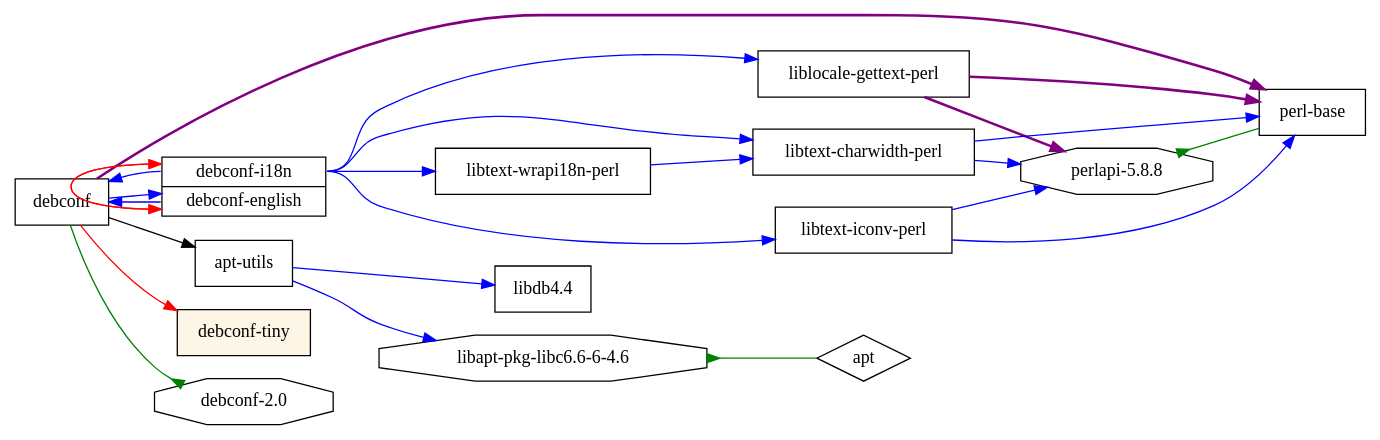
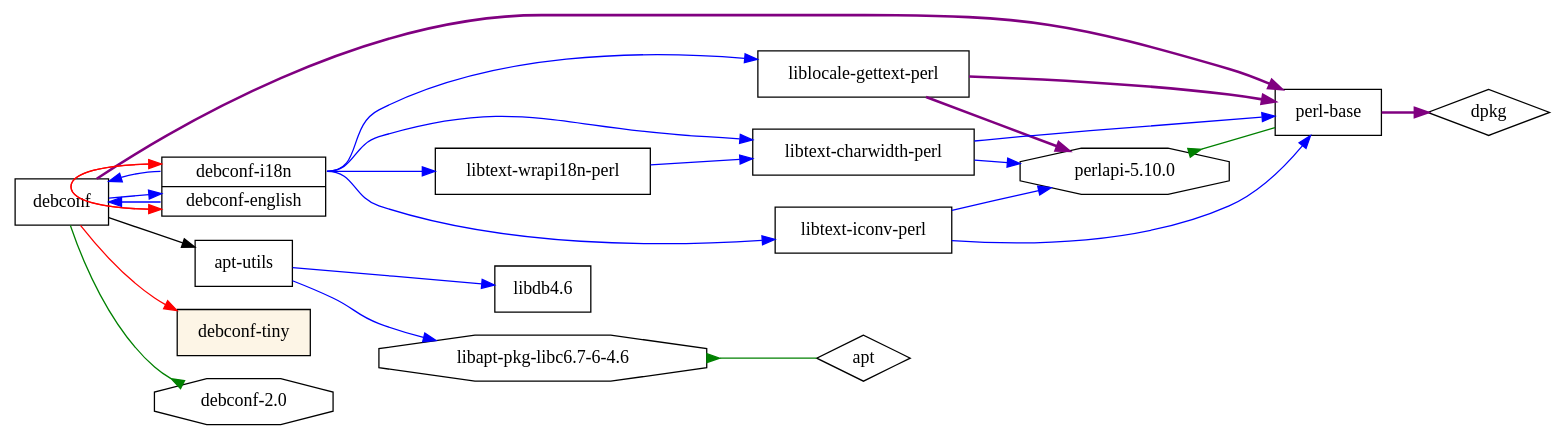
Before and after one commit to juandesant/debtree: the diagram in testset/debconf4.dot, drawn with Graphviz. The commit also changed 21 other files, not shown here.

```diff
--- a/testset/debconf4.dot
+++ b/testset/debconf4.dot
@@ -1,37 +1,39 @@
 digraph "debconf" {
 	rankdir=LR;
 	node [shape=box];
 	"debconf" -> "perl-base" [color=purple,style=bold];
+	"perl-base" -> "dpkg" [color=purple,style=bold];
 	"debconf" -> "alt1" [color=blue];
 	"alt1":"debconf-i18n" -> "debconf" [color=blue];
 	"alt1":"debconf-i18n" -> "liblocale-gettext-perl" [color=blue];
 	"liblocale-gettext-perl" -> "perl-base" [color=purple,style=bold];
-	"liblocale-gettext-perl" -> "perlapi-5.8.8" [color=purple,style=bold];
-	"perlapi-5.8.8" -> "perl-base" [dir=back,arrowtail=inv,color=green];
-	"perlapi-5.8.8" [shape=octagon];
+	"liblocale-gettext-perl" -> "perlapi-5.10.0" [color=purple,style=bold];
+	"perlapi-5.10.0" -> "perl-base" [dir=back,arrowtail=inv,color=green];
+	"perlapi-5.10.0" [shape=octagon];
 	"alt1":"debconf-i18n" -> "libtext-iconv-perl" [color=blue];
-	"libtext-iconv-perl" -> "perlapi-5.8.8" [color=blue];
 	"libtext-iconv-perl" -> "perl-base" [color=blue];
+	"libtext-iconv-perl" -> "perlapi-5.10.0" [color=blue];
 	"alt1":"debconf-i18n" -> "libtext-wrapi18n-perl" [color=blue];
 	"libtext-wrapi18n-perl" -> "libtext-charwidth-perl" [color=blue];
-	"libtext-charwidth-perl" -> "perlapi-5.8.8" [color=blue];
 	"libtext-charwidth-perl" -> "perl-base" [color=blue];
+	"libtext-charwidth-perl" -> "perlapi-5.10.0" [color=blue];
 	"alt1":"debconf-i18n" -> "libtext-charwidth-perl" [color=blue];
 	"alt1":"debconf-i18n" -> "alt1":"debconf-english" [color=red];
 	"alt1":"debconf-english" -> "debconf" [color=blue];
 	"alt1":"debconf-english" -> "alt1":"debconf-i18n" [color=red];
 	"debconf" -> "apt-utils";
-	"apt-utils" -> "libapt-pkg-libc6.6-6-4.6" [color=blue];
-	"libapt-pkg-libc6.6-6-4.6" -> "apt" [dir=back,arrowtail=inv,color=green];
-	"libapt-pkg-libc6.6-6-4.6" [shape=octagon];
-	"apt-utils" -> "libdb4.4" [color=blue];
+	"apt-utils" -> "libapt-pkg-libc6.7-6-4.6" [color=blue];
+	"libapt-pkg-libc6.7-6-4.6" -> "apt" [dir=back,arrowtail=inv,color=green];
+	"libapt-pkg-libc6.7-6-4.6" [shape=octagon];
+	"apt-utils" -> "libdb4.6" [color=blue];
 	"debconf" -> "debconf-tiny" [color=red];
 	"debconf" -> "debconf-2.0" [arrowhead=inv,color=green];
 	"debconf-2.0" [shape=octagon];
 	"debconf-tiny" [style=filled,fillcolor=oldlace];
 	alt1 [
 		shape = "record"
 		label = "<debconf-i18n> debconf-i18n | <debconf-english> debconf-english"
 	]
+	"dpkg" [shape = diamond];
 	"apt" [shape = diamond];
 }
```
